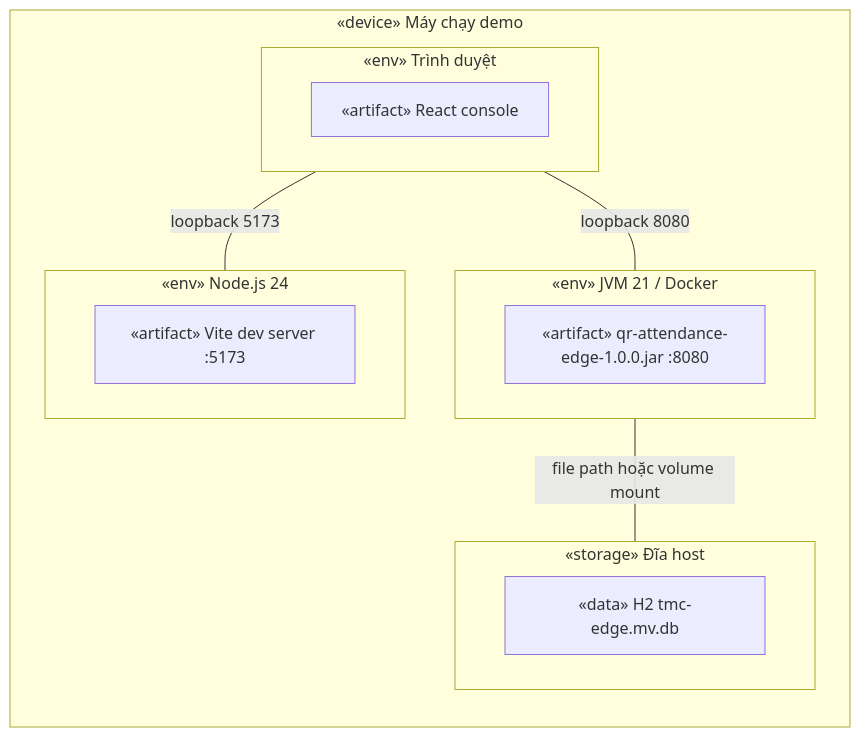
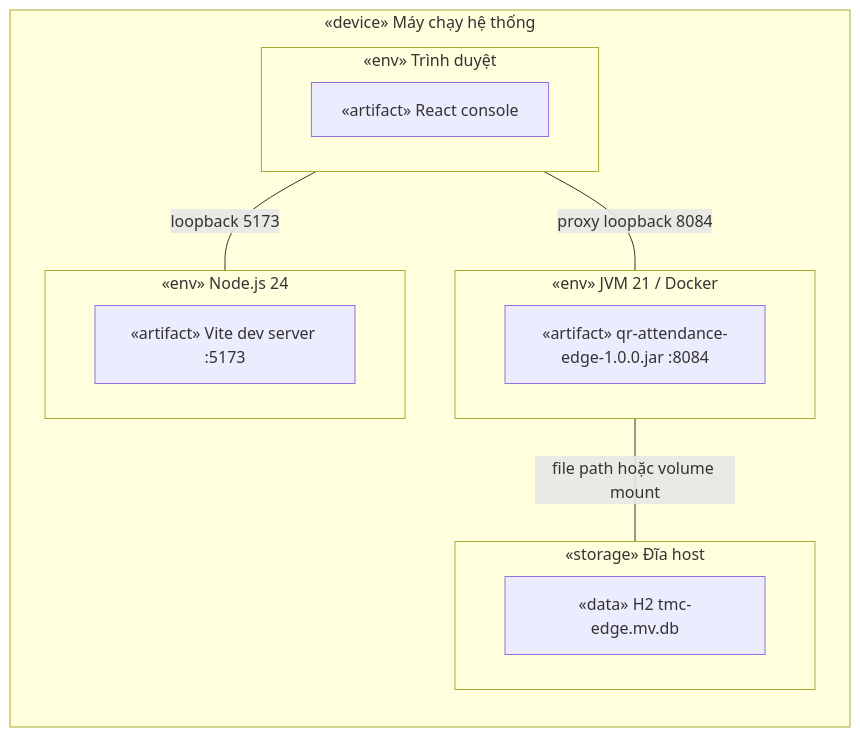
The fifth of 5 diagrams in README.md (lazy128/tmc-qr-attendance), drawn with Mermaid before and after one commit. The commit also changed other lines of this file and 63 other files, not shown here.

````diff
--- a/README.md
+++ b/README.md
@@ -363,20 +285,20 @@
 ```mermaid
 flowchart LR
-  subgraph H["«device» Máy chạy demo"]
+  subgraph H["«device» Máy chạy hệ thống"]
     subgraph FE["«env» Node.js 24"]
       V["«artifact» Vite dev server :5173"]
     end
     subgraph B["«env» Trình duyệt"]
       UI["«artifact» React console"]
     end
     subgraph BE["«env» JVM 21 / Docker"]
-      J["«artifact» qr-attendance-edge-1.0.0.jar :8080"]
+      J["«artifact» qr-attendance-edge-1.0.0.jar :8084"]
     end
     subgraph Disk["«storage» Đĩa host"]
       F["«data» H2 tmc-edge.mv.db"]
     end
     B ---|loopback 5173| FE
-    B ---|loopback 8080| BE
+    B ---|proxy loopback 8084| BE
     BE ---|file path hoặc volume mount| Disk
   end
 ```
````
